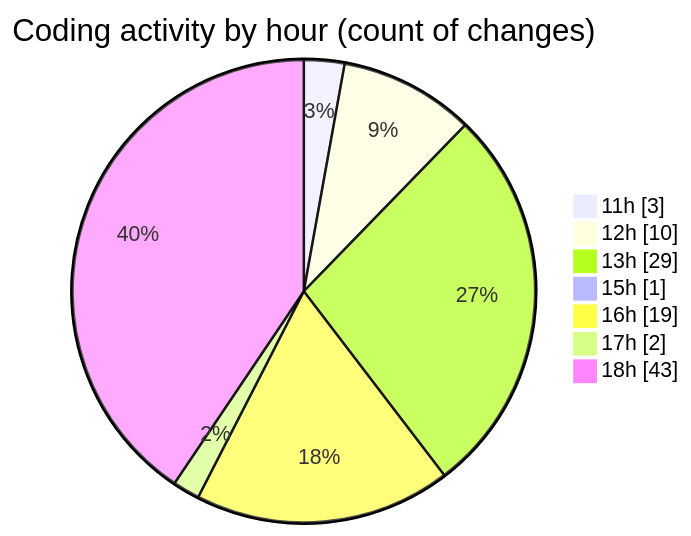
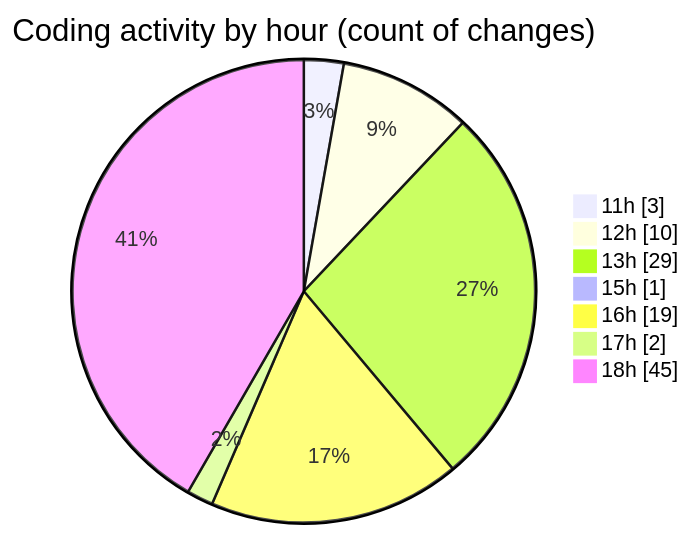
One commit to nxtqubesakshisongat/code-tracking changed the second of 2 diagrams in 2025-09-09/nxtqube_webapp/README.md. Above: the diagram before and after it, drawn with Mermaid. The commit also changed other lines of this file and 1 other file, not shown here.

````diff
--- a/2025-09-09/nxtqube_webapp/README.md
+++ b/2025-09-09/nxtqube_webapp/README.md
@@ -31,11 +31,11 @@
 ```mermaid
 pie showData
 title Coding activity by hour (count of changes)
 "11h" : 3
 "12h" : 10
 "13h" : 29
 "15h" : 1
 "16h" : 19
 "17h" : 2
-"18h" : 43
+"18h" : 45
 ```
````
